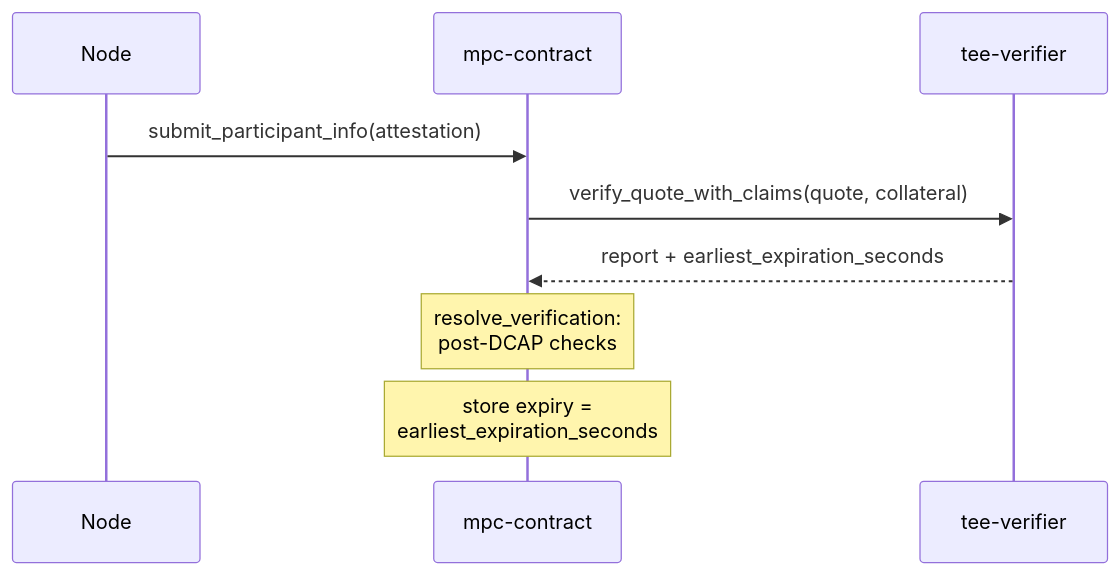
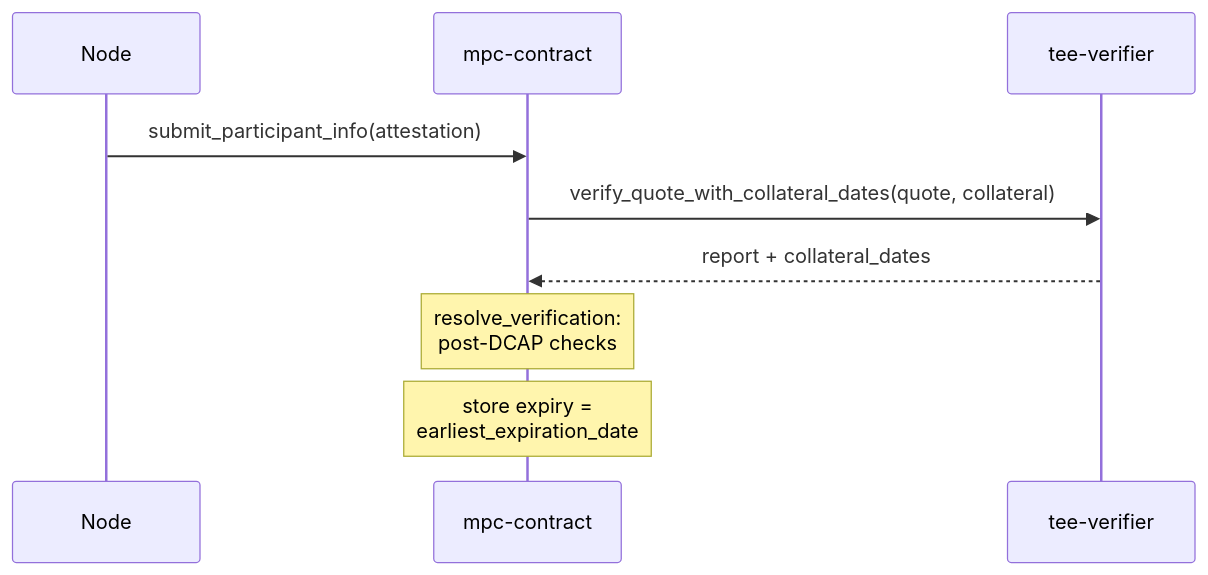
One commit to near/mpc changed the diagram in docs/design/certificate-derived-attestation-expiry.md. Above: the diagram before and after it, drawn with Mermaid. The commit also changed other lines of this file and 6 other files, not shown here.

Commit message:
feat(tee-verifier): add verify_quote_with_collateral_dates

````diff
--- a/docs/design/certificate-derived-attestation-expiry.md
+++ b/docs/design/certificate-derived-attestation-expiry.md
@@ -75,12 +75,12 @@
 ```mermaid
 sequenceDiagram
     participant Node
     participant Contract as mpc-contract
     participant Verifier as tee-verifier
 
     Node->>Contract: submit_participant_info(attestation)
-    Contract->>Verifier: verify_quote_with_claims(quote, collateral)
-    Verifier-->>Contract: report + earliest_expiration_seconds
+    Contract->>Verifier: verify_quote_with_collateral_dates(quote, collateral)
+    Verifier-->>Contract: report + collateral_dates
     Note over Contract: resolve_verification:<br/>post-DCAP checks
-    Note over Contract: store expiry =<br/>earliest_expiration_seconds
+    Note over Contract: store expiry =<br/>earliest_expiration_date
 ```
````
